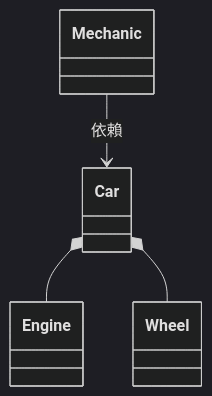
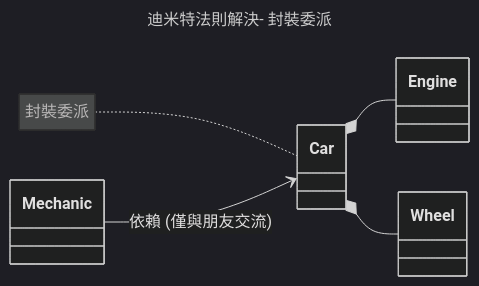
The second of 4 diagrams in Part3_Principle/ch07_principle.md (nlhsueh/teach_sw_fw), drawn with Mermaid (dark theme) before and after one commit. The commit also changed other lines of this file and 1 other file, not shown here.

Commit message:
style: translate diagram titles and notes to Chinese in ch07 and ch08

````diff
--- a/Part3_Principle/ch07_principle.md
+++ b/Part3_Principle/ch07_principle.md
@@ -557,6 +564,12 @@
 ```mermaid
+---
+title: 迪米特法則解決- 封裝委派
+---
 classDiagram
-    Mechanic --> Car : 依賴
+    direction LR
+    Mechanic --> Car : 依賴 (僅與朋友交流)
     Car *-- Engine
     Car *-- Wheel
+
+    note for Car "封裝委派"
 ```
````
